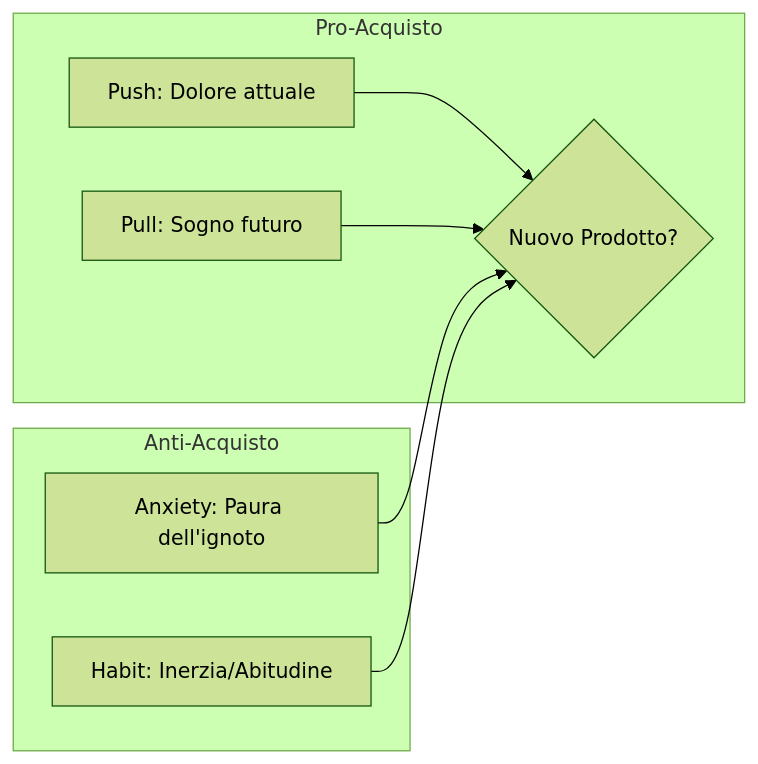
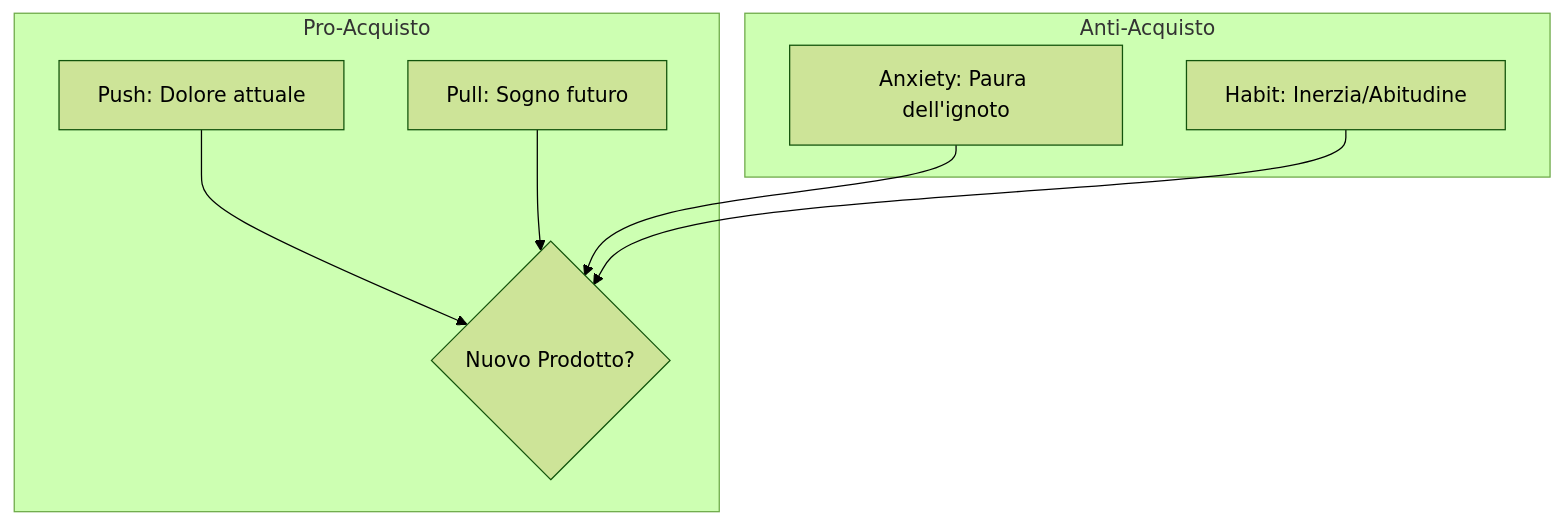
Before and after one commit to AndreyBertasini/gynnitech: the first of 3 diagrams in src/content/corso/marketing-data-science/cheat-sheet.mdx, drawn with Mermaid (forest theme). The commit also changed 110 other files, not shown here.

First line of the commit message:
chore(content): optimize mermaid diagrams for mobile and dark theme

````diff
--- a/src/content/corso/marketing-data-science/cheat-sheet.mdx
+++ b/src/content/corso/marketing-data-science/cheat-sheet.mdx
@@ -34,14 +34,14 @@
 ```mermaid
-graph LR
+flowchart TD
     subgraph PRO["Pro-Acquisto"]
     Push[Push: Dolore attuale] --> Decisione
     Pull[Pull: Sogno futuro] --> Decisione
     end
 
     subgraph CONTRO["Anti-Acquisto"]
     Anxiety[Anxiety: Paura dell'ignoto] --> Decisione
     Habit[Habit: Inerzia/Abitudine] --> Decisione
     end
 
     Decisione{Nuovo Prodotto?}
 ```
````
